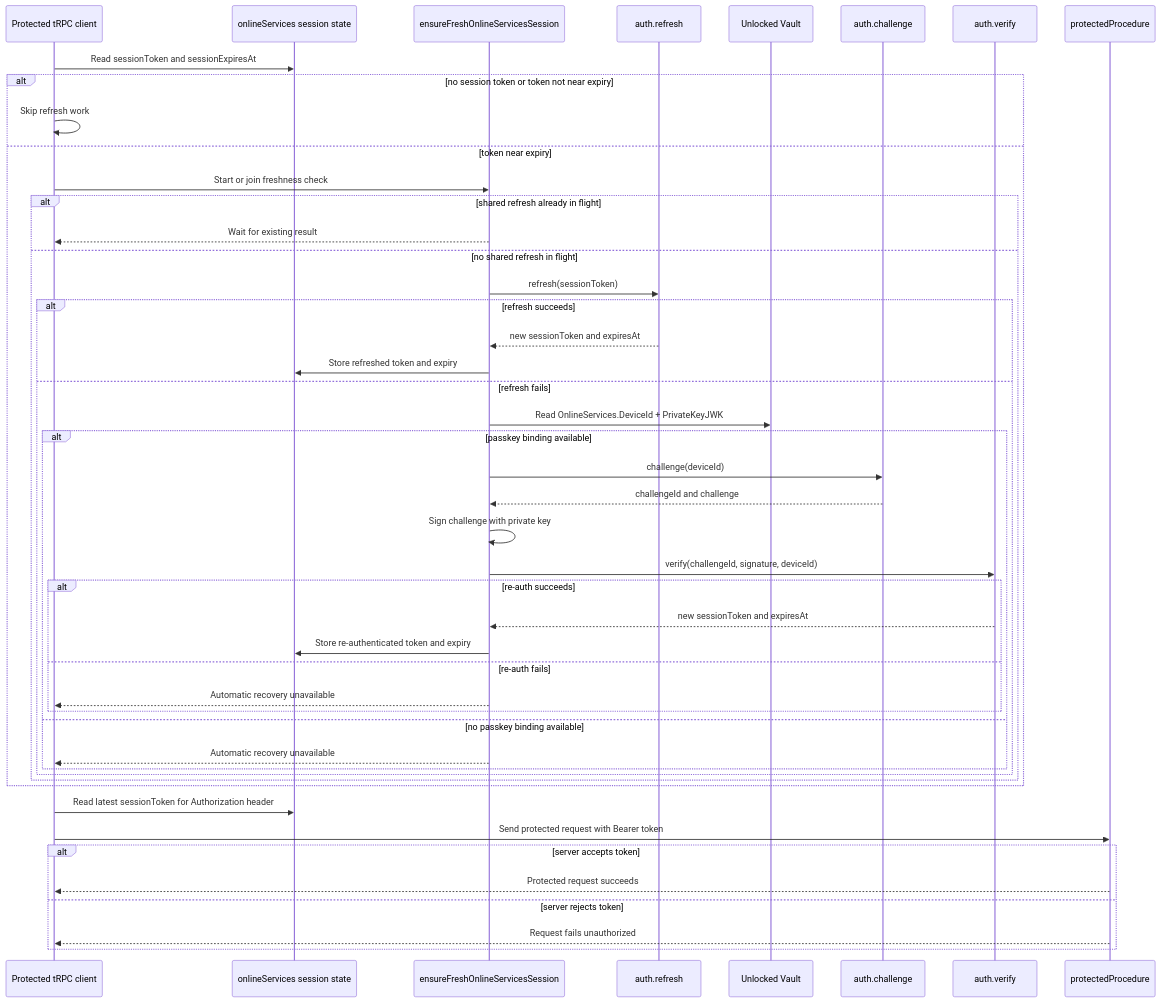
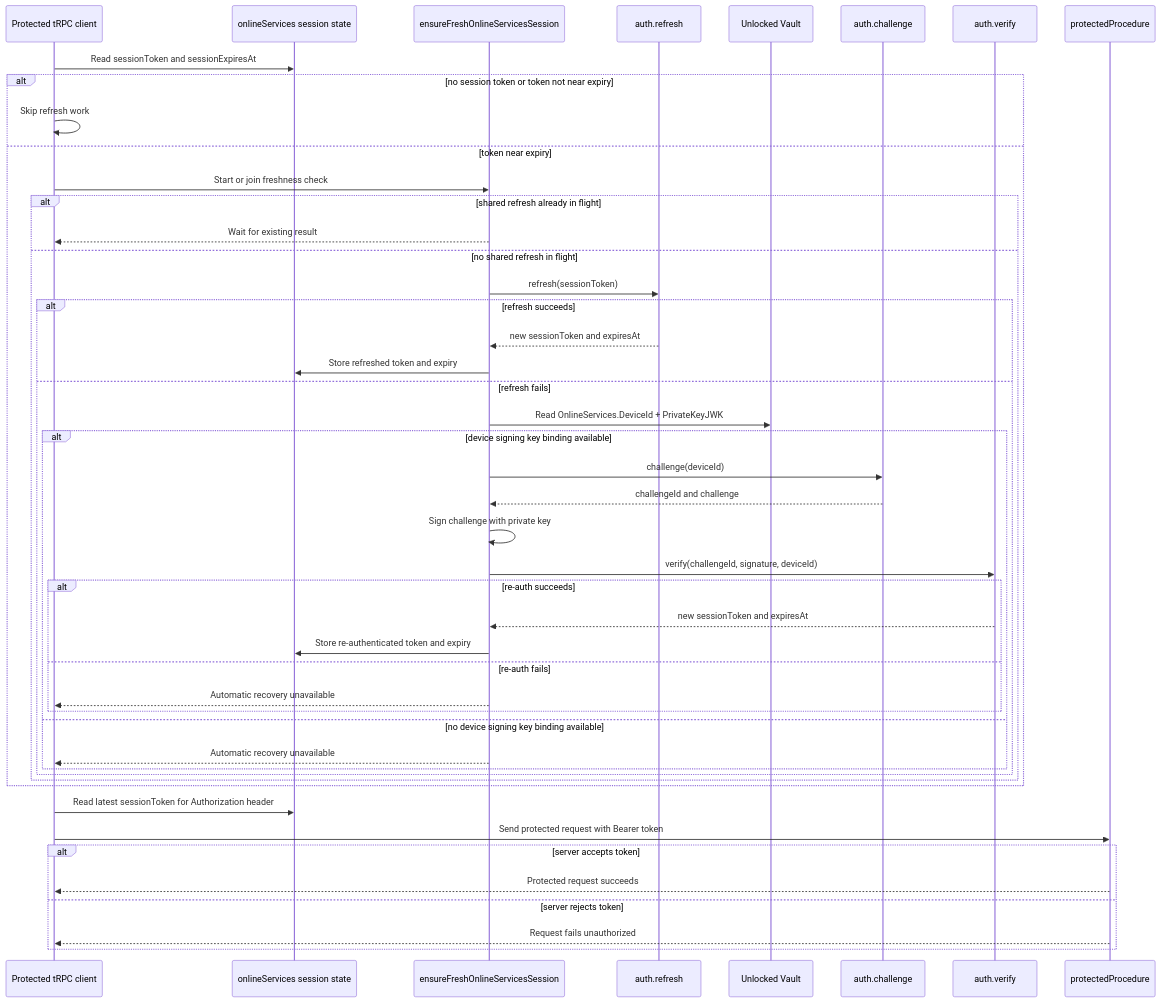
One commit to CryptexIndustries/vault-web changed the ninth of 9 diagrams in web/docs/authentication.md. Above: the diagram before and after it, drawn with Mermaid. The commit also changed other lines of this file and 26 other files, not shown here.

Commit message:
refactor: replace passkey terminology with device signing key across documentation and codebase

````diff
--- a/web/docs/authentication.md
+++ b/web/docs/authentication.md
@@ -923,51 +923,51 @@
 ```mermaid
 sequenceDiagram
     participant protected_client as Protected tRPC client
     participant session_state as onlineServices session state
     participant refresh_guard as ensureFreshOnlineServicesSession
     participant auth_refresh as auth.refresh
     participant unlocked_vault as Unlocked Vault
     participant auth_challenge as auth.challenge
     participant auth_verify as auth.verify
     participant protected_server as protectedProcedure
 
     protected_client->>session_state: Read sessionToken and sessionExpiresAt
     alt no session token or token not near expiry
         protected_client->>protected_client: Skip refresh work
     else token near expiry
         protected_client->>refresh_guard: Start or join freshness check
         alt shared refresh already in flight
             refresh_guard-->>protected_client: Wait for existing result
         else no shared refresh in flight
             refresh_guard->>auth_refresh: refresh(sessionToken)
             alt refresh succeeds
                 auth_refresh-->>refresh_guard: new sessionToken and expiresAt
                 refresh_guard->>session_state: Store refreshed token and expiry
             else refresh fails
                 refresh_guard->>unlocked_vault: Read OnlineServices.DeviceId + PrivateKeyJWK
-                alt passkey binding available
+                alt device signing key binding available
                     refresh_guard->>auth_challenge: challenge(deviceId)
                     auth_challenge-->>refresh_guard: challengeId and challenge
                     refresh_guard->>refresh_guard: Sign challenge with private key
                     refresh_guard->>auth_verify: verify(challengeId, signature, deviceId)
                     alt re-auth succeeds
                         auth_verify-->>refresh_guard: new sessionToken and expiresAt
                         refresh_guard->>session_state: Store re-authenticated token and expiry
                     else re-auth fails
                         refresh_guard-->>protected_client: Automatic recovery unavailable
                     end
-                else no passkey binding available
+                else no device signing key binding available
                     refresh_guard-->>protected_client: Automatic recovery unavailable
                 end
             end
         end
     end
 
     protected_client->>session_state: Read latest sessionToken for Authorization header
     protected_client->>protected_server: Send protected request with Bearer token
     alt server accepts token
         protected_server-->>protected_client: Protected request succeeds
     else server rejects token
         protected_server-->>protected_client: Request fails unauthorized
     end
 ```
````
